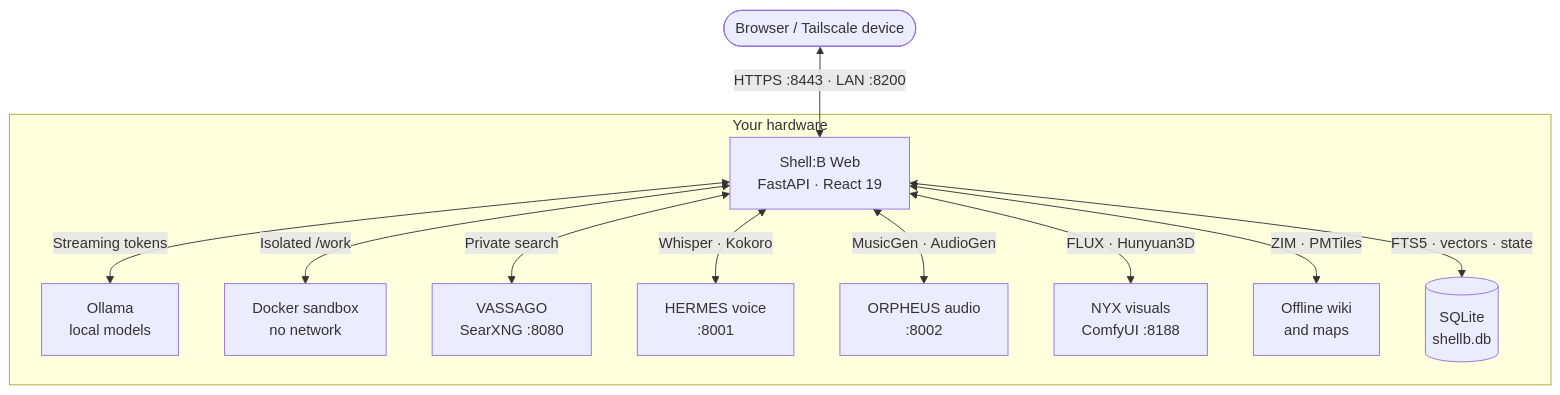
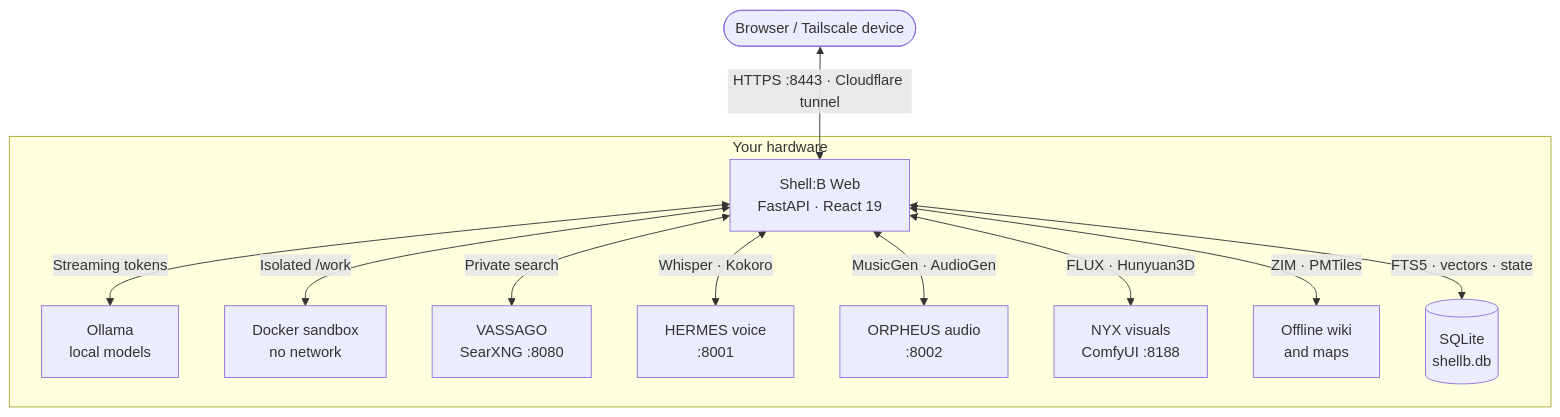
Before and after one commit to ShellB-App/Shell-B: the diagram in README.md, drawn with Mermaid. The commit also changed other lines of this file and 17 other files, not shown here.

````diff
--- a/README.md
+++ b/README.md
@@ -117,15 +117,15 @@
 ```mermaid
 flowchart TD
-    User(["Browser / Tailscale device"]) <-->|"HTTPS :8443 · LAN :8200"| Web["Shell:B Web<br/>FastAPI · React 19"]
+    User(["Browser / Tailscale device"]) <-->|"HTTPS :8443 · Cloudflare tunnel"| Web["Shell:B Web<br/>FastAPI · React 19"]
 
     subgraph Local ["Your hardware"]
         Web <-->|"Streaming tokens"| Ollama["Ollama<br/>local models"]
         Web <-->|"Isolated /work"| Sandbox["Docker sandbox<br/>no network"]
         Web <-->|"Private search"| Vassago["VASSAGO<br/>SearXNG :8080"]
         Web <-->|"Whisper · Kokoro"| Hermes["HERMES voice<br/>:8001"]
         Web <-->|"MusicGen · AudioGen"| Orpheus["ORPHEUS audio<br/>:8002"]
         Web <-->|"FLUX · Hunyuan3D"| Nyx["NYX visuals<br/>ComfyUI :8188"]
         Web <-->|"ZIM · PMTiles"| Kiwix["Offline wiki<br/>and maps"]
         Web <-->|"FTS5 · vectors · state"| DB[("SQLite<br/>shellb.db")]
     end
 ```
````
